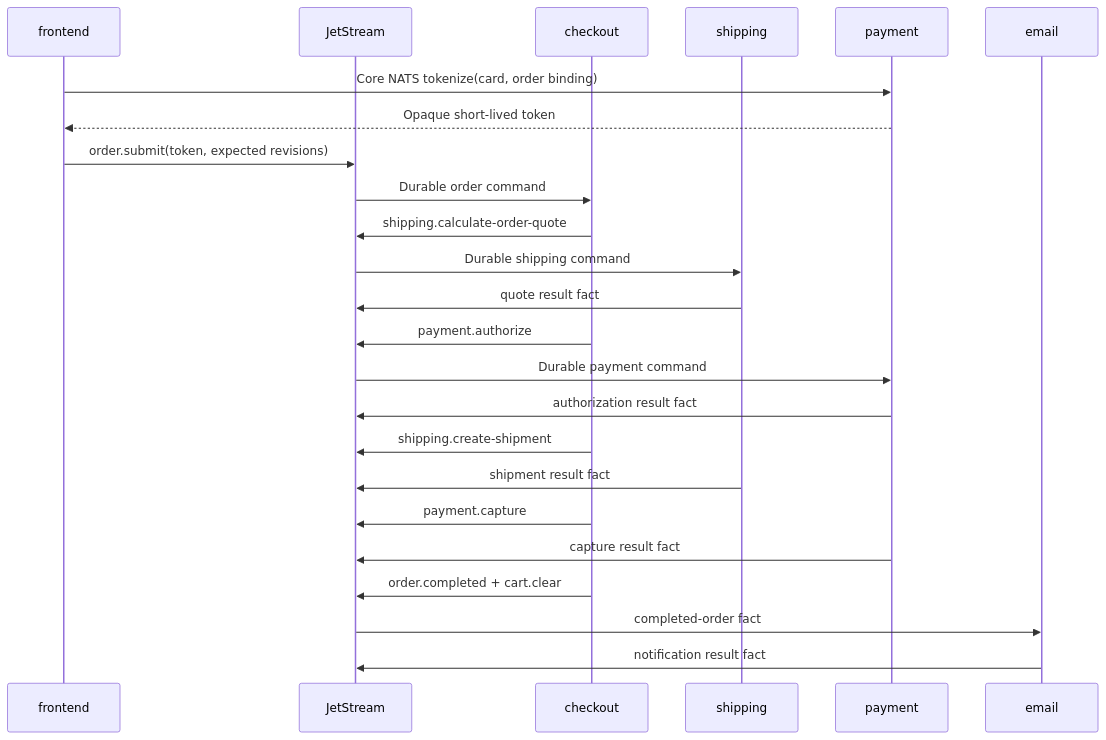
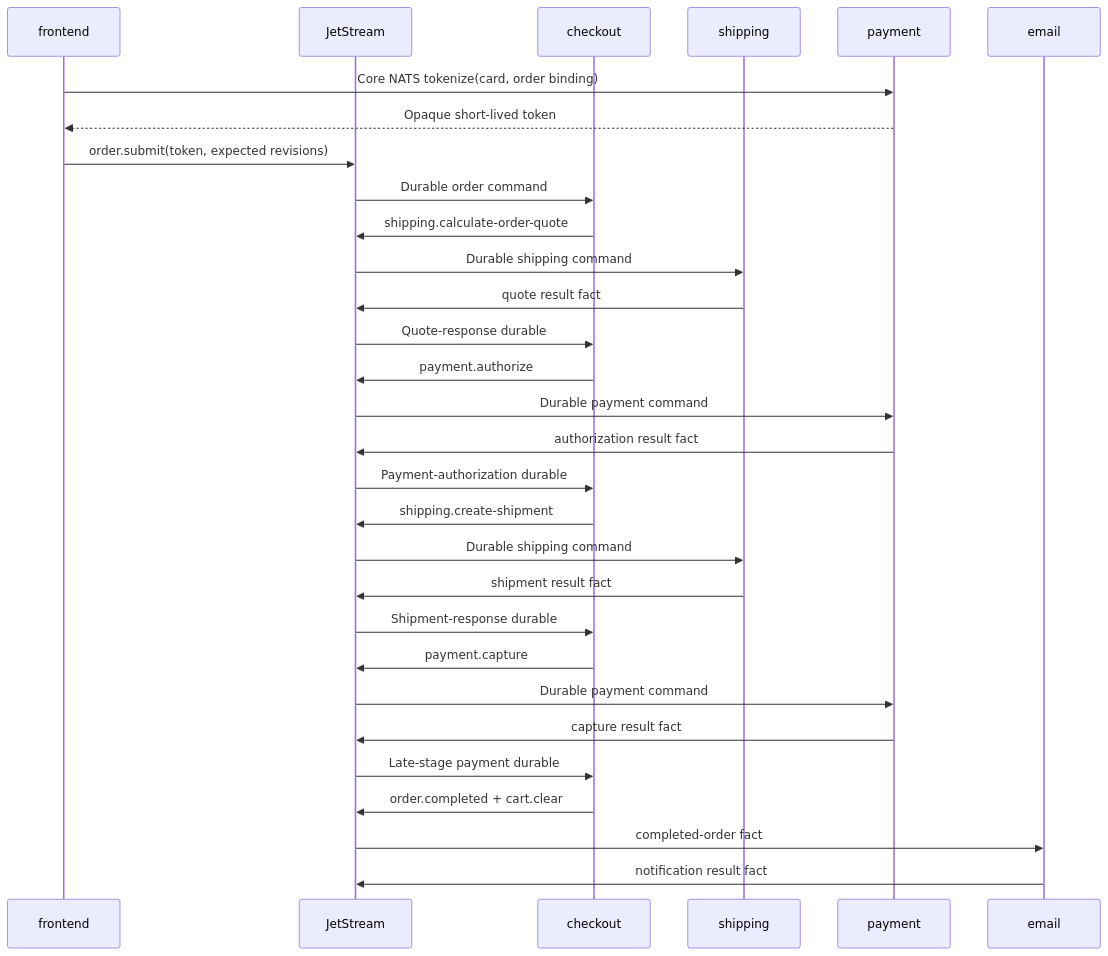
The second of 2 diagrams in docs/current-service-interactions.md (Matslo1234/microservices-demo-nats), drawn with Mermaid before and after one commit. The commit also changed other lines of this file and 54 other files, not shown here.

````diff
--- a/docs/current-service-interactions.md
+++ b/docs/current-service-interactions.md
@@ -165,27 +200,33 @@
 ```mermaid
 sequenceDiagram
     participant F as frontend
     participant N as JetStream
     participant C as checkout
     participant S as shipping
     participant P as payment
     participant E as email
 
     F->>P: Core NATS tokenize(card, order binding)
     P-->>F: Opaque short-lived token
     F->>N: order.submit(token, expected revisions)
     N->>C: Durable order command
     C->>N: shipping.calculate-order-quote
     N->>S: Durable shipping command
     S->>N: quote result fact
+    N->>C: Quote-response durable
     C->>N: payment.authorize
     N->>P: Durable payment command
     P->>N: authorization result fact
+    N->>C: Payment-authorization durable
     C->>N: shipping.create-shipment
+    N->>S: Durable shipping command
     S->>N: shipment result fact
+    N->>C: Shipment-response durable
     C->>N: payment.capture
+    N->>P: Durable payment command
     P->>N: capture result fact
+    N->>C: Late-stage payment durable
     C->>N: order.completed + cart.clear
     N->>E: completed-order fact
     E->>N: notification result fact
 ```
````
